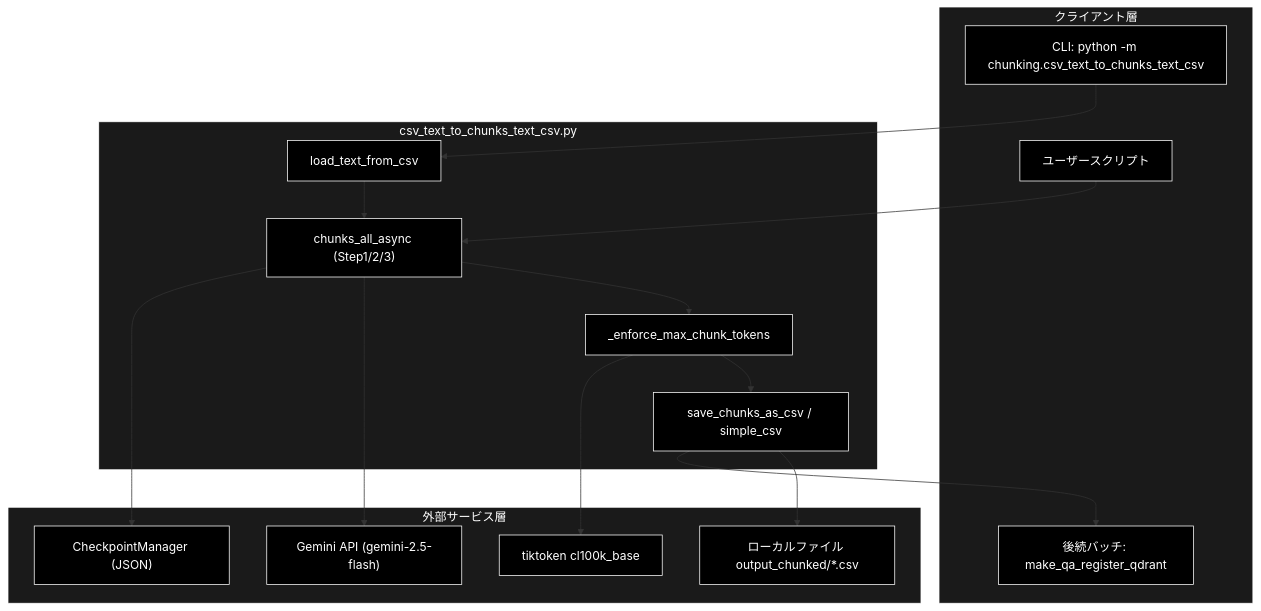
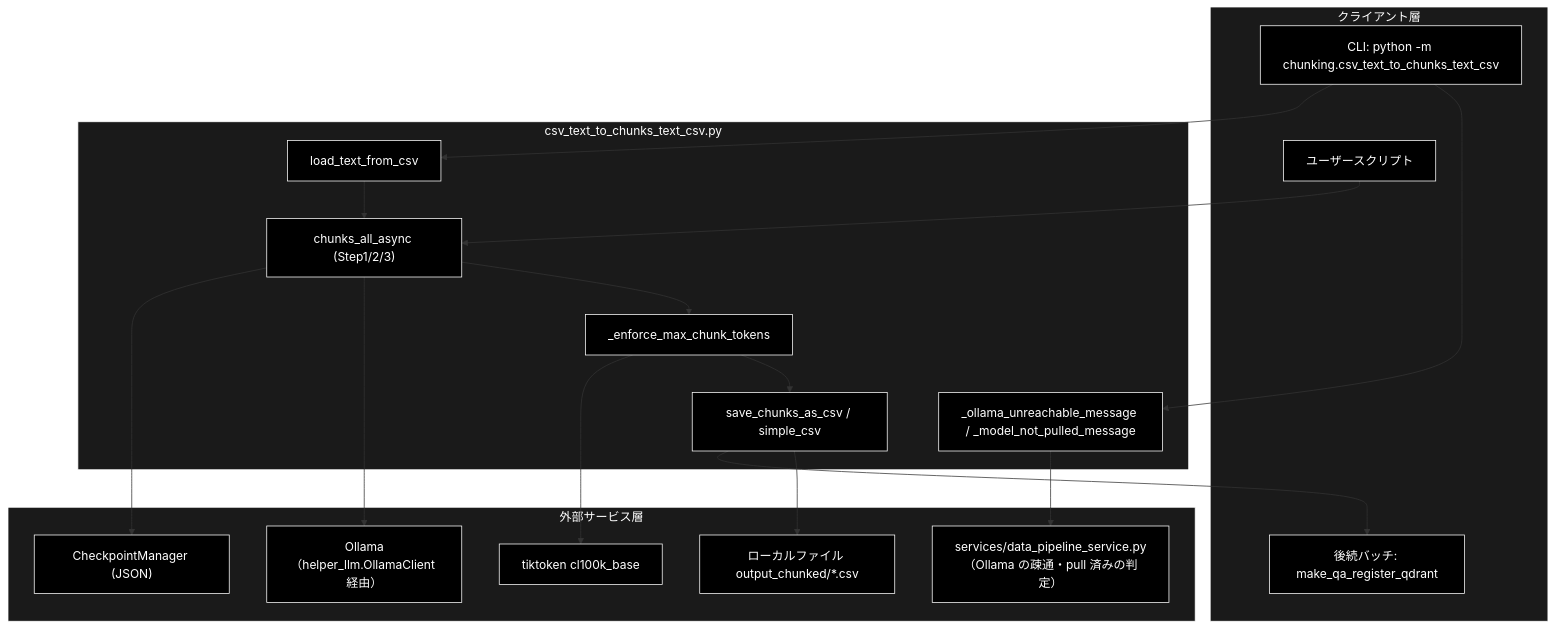
One commit to nakashima2toshio/grace_v2_local changed the first of 3 diagrams in chunking/docs/csv_text_to_chunks_text_csv.md. Above: the diagram before and after it, drawn with Mermaid. The commit also changed other lines of this file and 22 other files, not shown here.

````diff
--- a/chunking/docs/csv_text_to_chunks_text_csv.md
+++ b/chunking/docs/csv_text_to_chunks_text_csv.md
@@ -75,39 +90,43 @@
 ```mermaid
 flowchart TB
     subgraph CLIENT["クライアント層"]
         CLI["CLI: python -m chunking.csv_text_to_chunks_text_csv"]
         PIPE["後続バッチ: make_qa_register_qdrant"]
         USER["ユーザースクリプト"]
     end
 
     subgraph MODULE["csv_text_to_chunks_text_csv.py"]
         LOAD["load_text_from_csv"]
         PIPELINE["chunks_all_async (Step1/2/3)"]
         ENFORCE["_enforce_max_chunk_tokens"]
         SAVE["save_chunks_as_csv / simple_csv"]
+        CHECK["_ollama_unreachable_message / _model_not_pulled_message"]
     end
 
     subgraph EXTERNAL["外部サービス層"]
-        LLM["Gemini API (gemini-2.5-flash)"]
+        LLM["Ollama（helper_llm.OllamaClient 経由）"]
+        DPS["services/data_pipeline_service.py<br>（Ollama の疎通・pull 済みの判定）"]
         TIKTOKEN["tiktoken cl100k_base"]
         FS["ローカルファイル output_chunked/*.csv"]
         CKPT["CheckpointManager (JSON)"]
     end
 
+    CLI --> CHECK
+    CHECK --> DPS
     CLI --> LOAD
     USER --> PIPELINE
     LOAD --> PIPELINE
     PIPELINE --> ENFORCE
     ENFORCE --> SAVE
     PIPELINE --> LLM
     PIPELINE --> CKPT
     ENFORCE --> TIKTOKEN
     SAVE --> FS
     SAVE --> PIPE
 classDef default fill:#000,stroke:#fff,color:#fff
 classDef subgraphStyle fill:#1a1a1a,stroke:#fff,color:#fff
-class CLI,PIPE,USER,LOAD,PIPELINE,ENFORCE,SAVE,LLM,TIKTOKEN,FS,CKPT default
+class CLI,PIPE,USER,LOAD,PIPELINE,ENFORCE,SAVE,CHECK,LLM,DPS,TIKTOKEN,FS,CKPT default
 style CLIENT fill:#1a1a1a,stroke:#fff,color:#fff
 style MODULE fill:#1a1a1a,stroke:#fff,color:#fff
 style EXTERNAL fill:#1a1a1a,stroke:#fff,color:#fff
 ```
````
